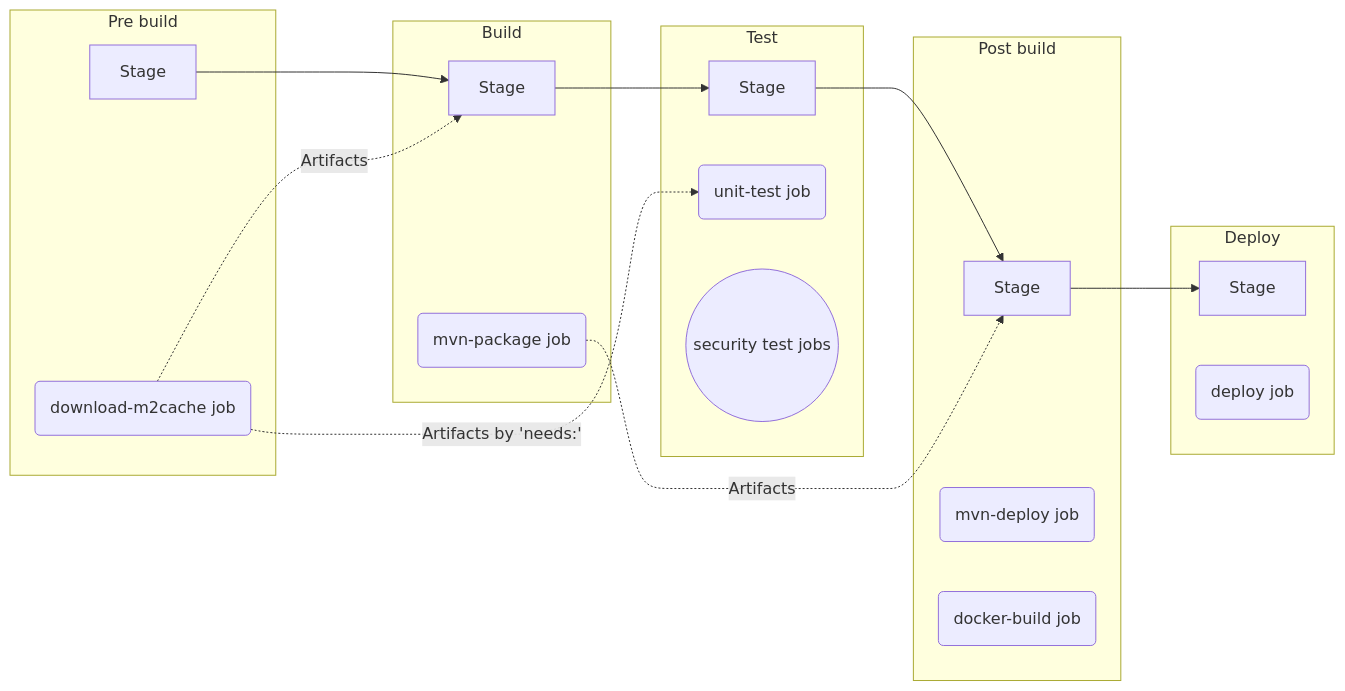
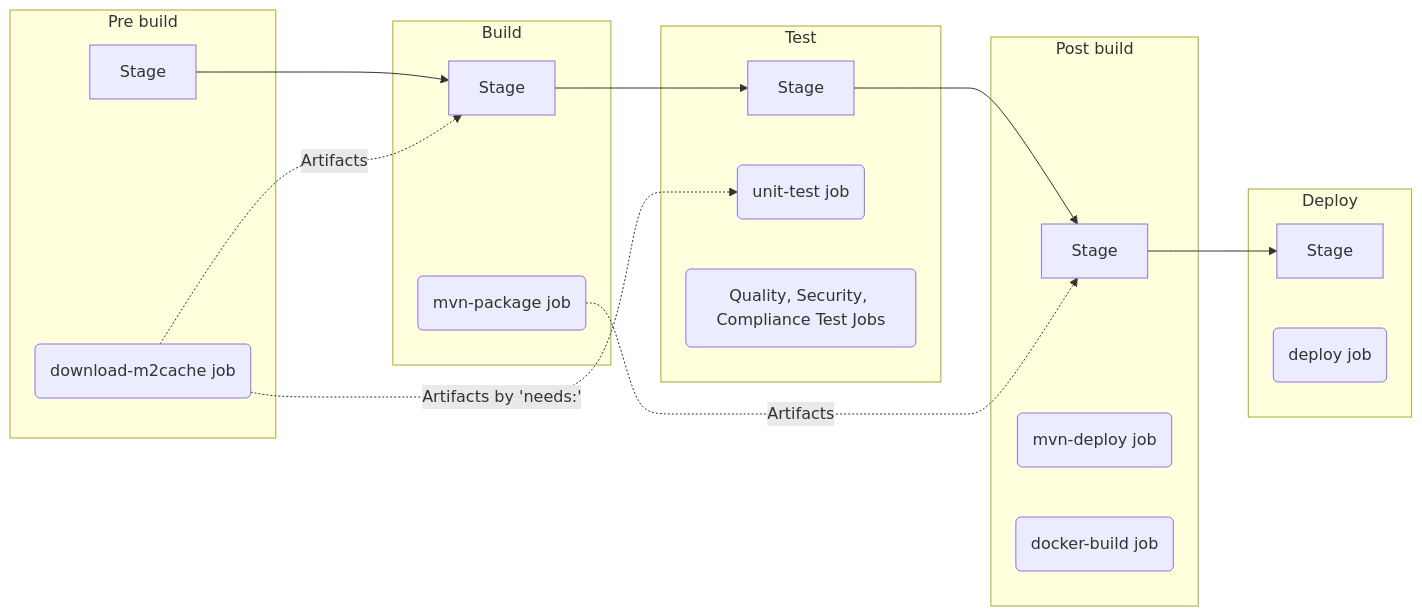
Before and after one commit to doremansunio/doremansunio1_project-a: the diagram in docs/lab7/README.md, drawn with Mermaid. The commit also changed 3 other files, not shown here.

Commit message:
Add pipeline flow diagrams

````diff
--- a/docs/lab7/README.md
+++ b/docs/lab7/README.md
@@ -14,27 +14,27 @@
 ```mermaid
 graph LR
     subgraph "Pre build"
         pre-build[Stage] 
         download-m2cache(download-m2cache job)
     end
     subgraph "Build"
         pre-build[Stage] --> build[Stage]
         download-m2cache(download-m2cache job) -.-> |Artifacts|build[Stage]
         mvn-package(mvn-package job)
     end
     subgraph "Test"
         build[Stage] --> test[Stage]
         download-m2cache(download-m2cache job) -.-> |Artifacts by 'needs:'|unit-test(unit-test job)
-        security-test-jobs((security test jobs))
+        security-test-jobs(Quality, Security, Compliance Test Jobs)
     end
     subgraph "Post build"
         test[Stage] --> post-build[Stage]
         mvn-package(mvn-package job) -.-> |Artifacts|post-build[Stage]
         mvn-deploy(mvn-deploy job)
         docker-build(docker-build job)
     end
     subgraph "Deploy"
         post-build[Stage] --> deploy-stage[Stage]
         deploy-job(deploy job)
     end
 ```
````
